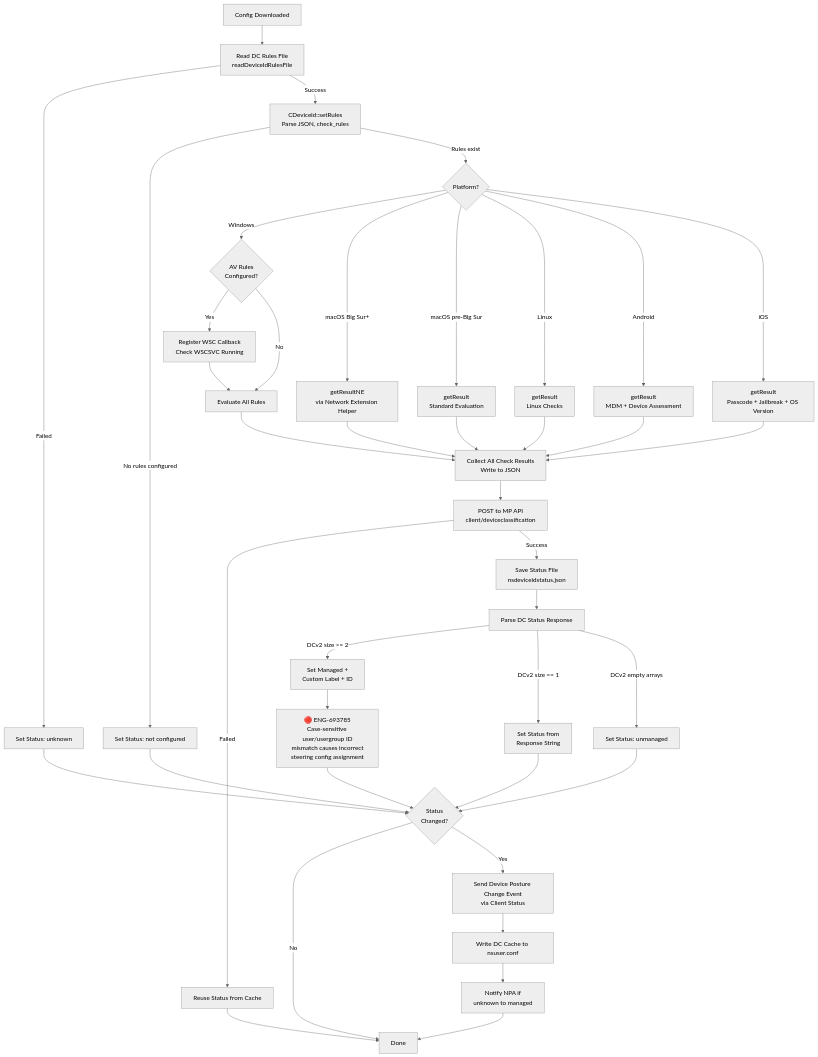
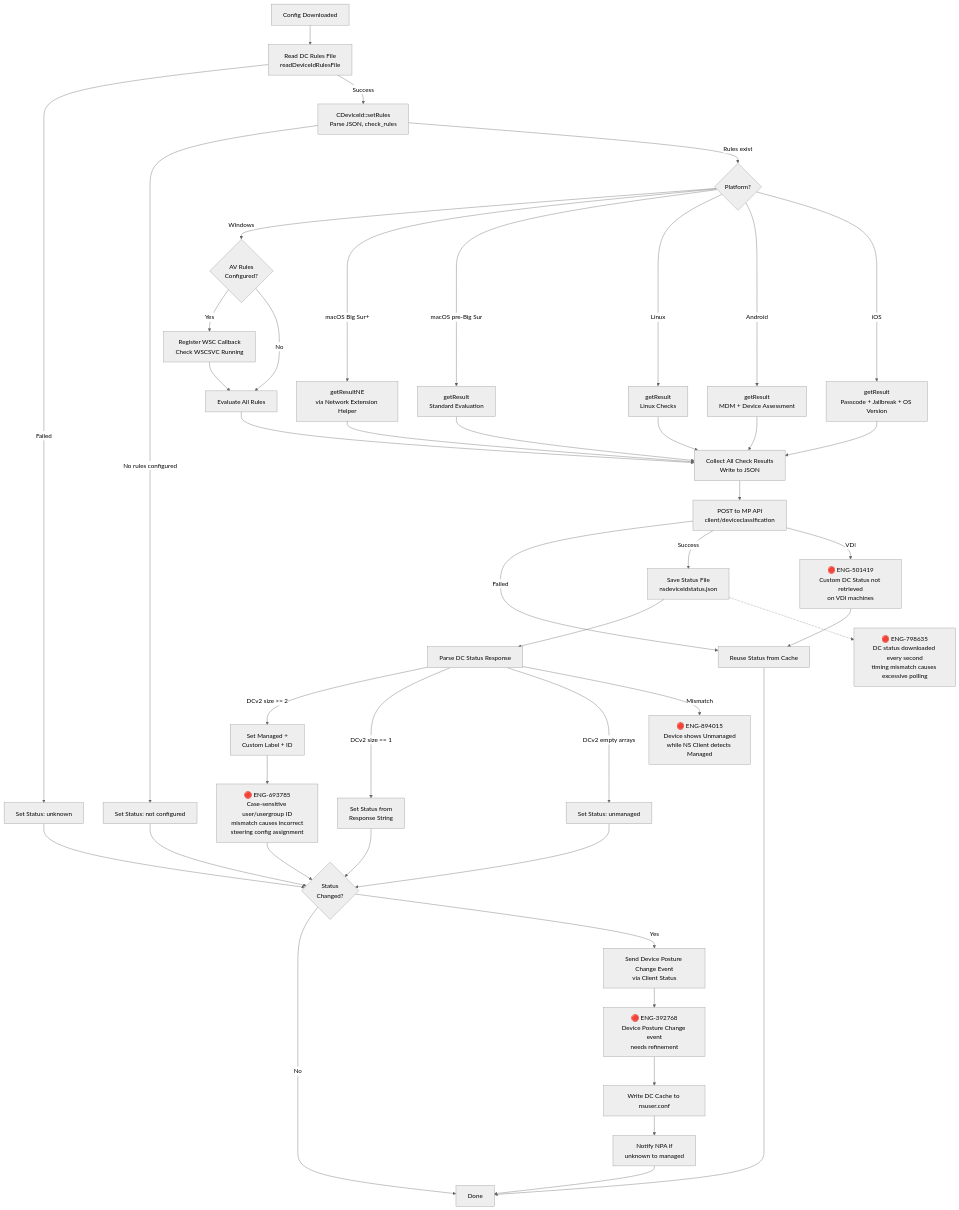
The first of 10 diagrams in chapters/12_device_classification.md (ns-klin/endpoint_system_test_plan), drawn with Mermaid (neutral theme) before and after one commit. The commit also changed other lines of this file and 26 other files, not shown here.

First line of the commit message:
Add 87 bugs from Excel enrichment and integrate into mermaid diagrams

````diff
--- a/chapters/12_device_classification.md
+++ b/chapters/12_device_classification.md
@@ -46,50 +46,57 @@
 ```mermaid
 flowchart TD
     START[Config Downloaded] --> PARSE[Read DC Rules File<br/>readDeviceIdRulesFile]
     PARSE -->|Failed| UNKNOWN[Set Status: unknown]
     PARSE -->|Success| SET_RULES[CDeviceId::setRules<br/>Parse JSON, check_rules]
     SET_RULES -->|No rules configured| NOT_CONFIGURED[Set Status: not configured]
     SET_RULES -->|Rules exist| PLATFORM{Platform?}
 
     PLATFORM -->|Windows| WIN_AV{AV Rules<br/>Configured?}
     WIN_AV -->|Yes| WSC[Register WSC Callback<br/>Check WSCSVC Running]
     WIN_AV -->|No| WIN_EVAL[Evaluate All Rules]
     WSC --> WIN_EVAL
 
     PLATFORM -->|macOS Big Sur+| MAC_NE[getResultNE<br/>via Network Extension Helper]
     PLATFORM -->|macOS pre-Big Sur| MAC_STD[getResult<br/>Standard Evaluation]
     PLATFORM -->|Linux| LINUX_EVAL[getResult<br/>Linux Checks]
     PLATFORM -->|Android| ANDROID_EVAL[getResult<br/>MDM + Device Assessment]
     PLATFORM -->|iOS| IOS_EVAL[getResult<br/>Passcode + Jailbreak + OS Version]
 
     WIN_EVAL --> COLLECT[Collect All Check Results<br/>Write to JSON]
     MAC_NE --> COLLECT
     MAC_STD --> COLLECT
     LINUX_EVAL --> COLLECT
     ANDROID_EVAL --> COLLECT
     IOS_EVAL --> COLLECT
 
     COLLECT --> POST[POST to MP API<br/>client/deviceclassification]
     POST -->|Failed| CACHE_FALLBACK[Reuse Status from Cache]
     POST -->|Success| SAVE[Save Status File<br/>nsdeviceidstatus.json]
 
     SAVE --> PARSE_RESULT[Parse DC Status Response]
+    SAVE -.-> BUG_798635["🔴 ENG-798635<br/>DC status downloaded every second<br/>timing mismatch causes excessive polling"]
     PARSE_RESULT -->|DCv2 size >= 2| MANAGED_CUSTOM[Set Managed +<br/>Custom Label + ID]
     PARSE_RESULT -->|DCv2 size == 1| MANAGED_OR_UNMANAGED[Set Status from<br/>Response String]
     PARSE_RESULT -->|DCv2 empty arrays| UNMANAGED_V2[Set Status: unmanaged]
 
     MANAGED_CUSTOM --> BUG_693785["🔴 ENG-693785<br/>Case-sensitive user/usergroup ID<br/>mismatch causes incorrect<br/>steering config assignment"]
     MANAGED_OR_UNMANAGED --> CHANGED{Status<br/>Changed?}
     UNMANAGED_V2 --> CHANGED
     UNKNOWN --> CHANGED
     NOT_CONFIGURED --> CHANGED
     CACHE_FALLBACK --> END[Done]
     BUG_693785 --> CHANGED
 
+    POST -->|VDI| BUG_501419["🔴 ENG-501419<br/>Custom DC Status not retrieved<br/>on VDI machines"]
+    BUG_501419 --> CACHE_FALLBACK
+
+    PARSE_RESULT -->|Mismatch| BUG_894015["🔴 ENG-894015<br/>Device shows Unmanaged<br/>while NS Client detects Managed"]
+
     CHANGED -->|No| END
     CHANGED -->|Yes| REPORT[Send Device Posture Change Event<br/>via Client Status]
-    REPORT --> WRITE_CACHE[Write DC Cache to nsuser.conf]
+    REPORT --> BUG_392768["🔴 ENG-392768<br/>Device Posture Change event<br/>needs refinement"]
+    BUG_392768 --> WRITE_CACHE[Write DC Cache to nsuser.conf]
     WRITE_CACHE --> NOTIFY[Notify NPA if<br/>unknown to managed]
     NOTIFY --> END
 
 ```
````
